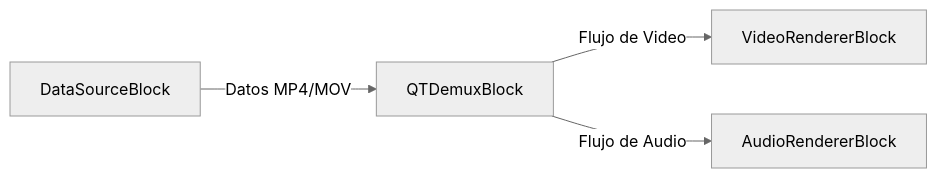
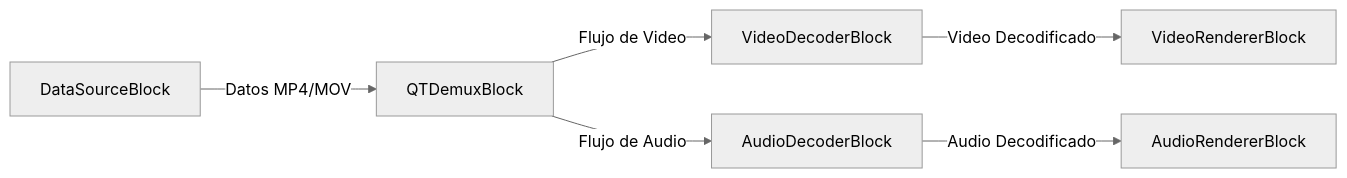
One commit to visioforge/help changed the second of 4 diagrams in dotnet/mediablocks/Demuxers/index.es.md. Above: the diagram before and after it, drawn with Mermaid (neutral theme). The commit also changed other lines of this file and 194 other files, not shown here.

````diff
--- a/dotnet/mediablocks/Demuxers/index.es.md
+++ b/dotnet/mediablocks/Demuxers/index.es.md
@@ -149,6 +159,8 @@
 ```mermaid
 graph LR;
     DataSourceBlock -- Datos MP4/MOV --> QTDemuxBlock;
-    QTDemuxBlock -- Flujo de Video --> VideoRendererBlock;
-    QTDemuxBlock -- Flujo de Audio --> AudioRendererBlock;
+    QTDemuxBlock -- Flujo de Video --> VideoDecoderBlock;
+    VideoDecoderBlock -- Video Decodificado --> VideoRendererBlock;
+    QTDemuxBlock -- Flujo de Audio --> AudioDecoderBlock;
+    AudioDecoderBlock -- Audio Decodificado --> AudioRendererBlock;
 ```
````
